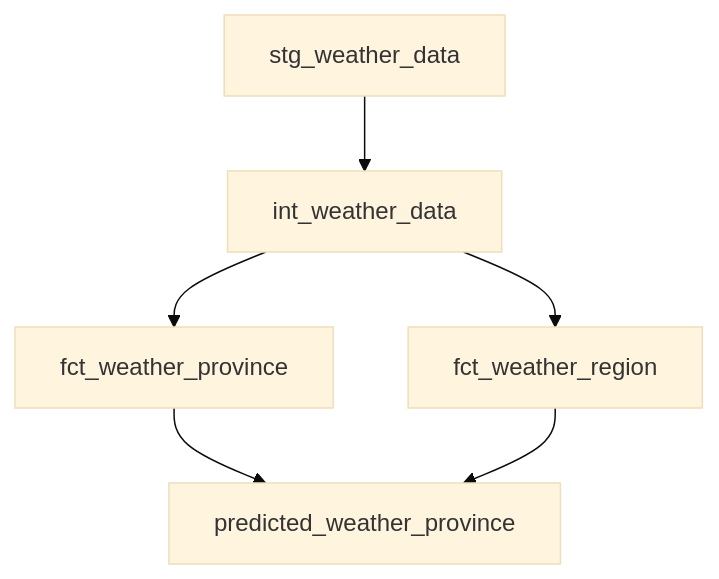
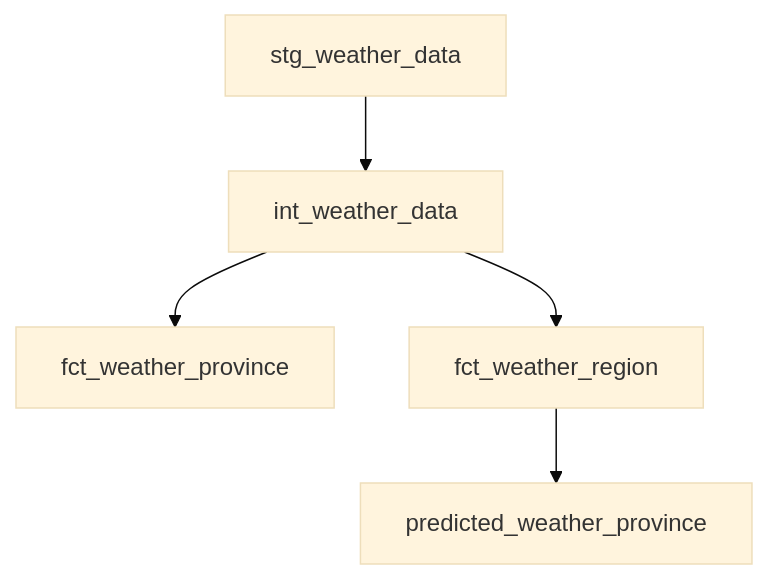
One commit to beto1810/Capstone_Weather_ML changed the diagram in README.md. Above: the diagram before and after it, drawn with Mermaid (base theme).

````diff
--- a/README.md
+++ b/README.md
@@ -115,8 +115,7 @@
 ```mermaid
 graph TD
     A[stg_weather_data] --> B[int_weather_data]
     B --> C[fct_weather_province]
     B --> D[fct_weather_region]
-    C --> E[predicted_weather_province]
     D --> E[predicted_weather_province]
 ```
````
